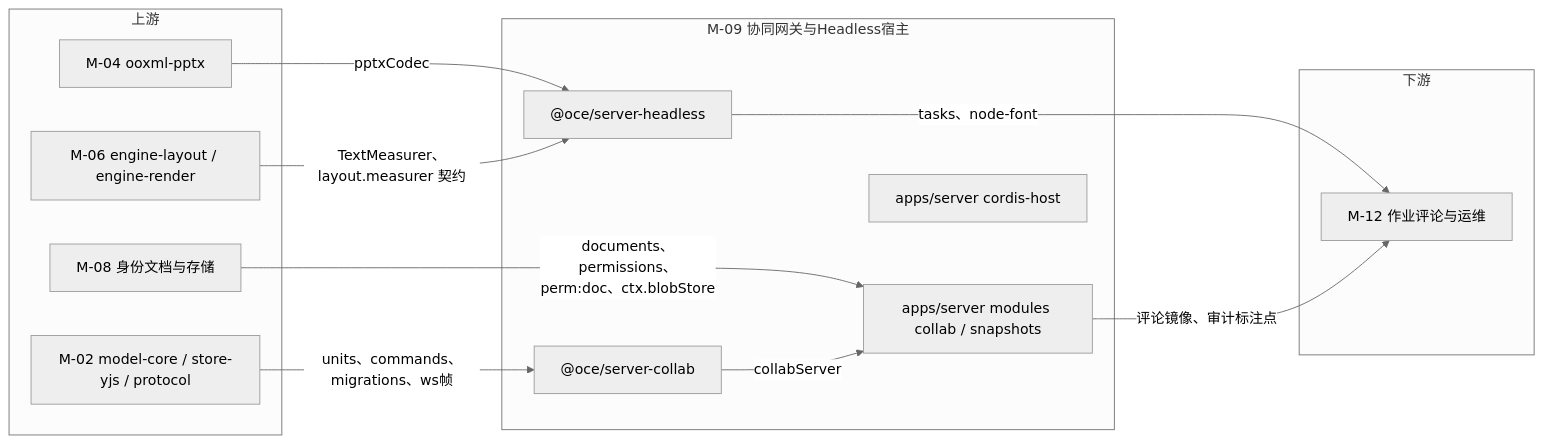
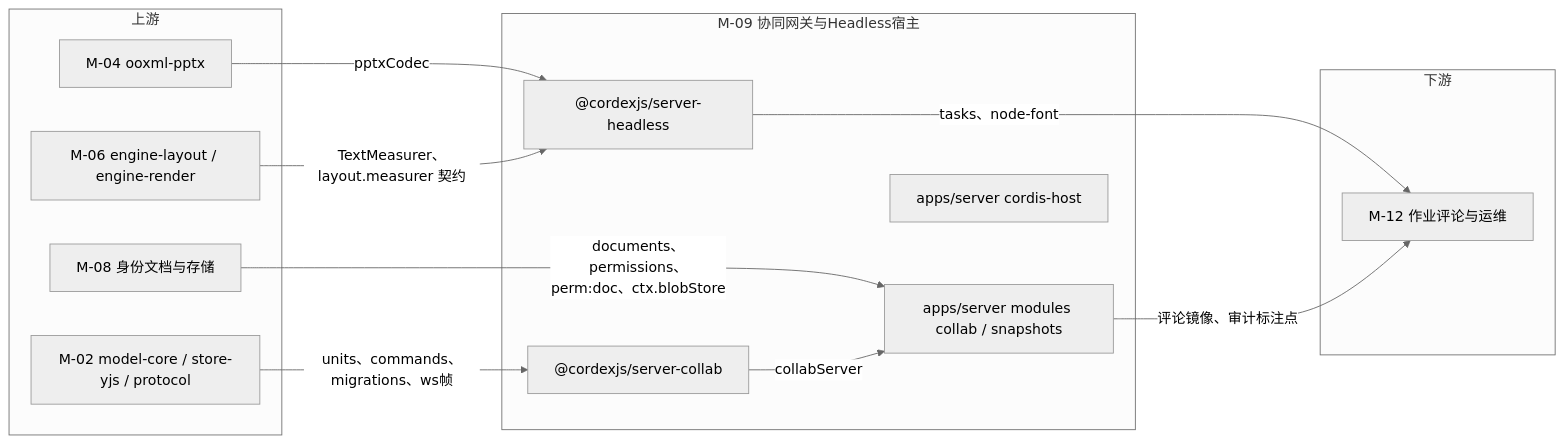
One commit to Xeonice/cordis-ppt-editor changed the first of 5 diagrams in docs/40-modules/09-server-collab-gateway-and-headless-host.md. Above: the diagram before and after it, drawn with Mermaid (neutral theme). The commit also changed other lines of this file and 23 other files, not shown here.

````diff
--- a/docs/40-modules/09-server-collab-gateway-and-headless-host.md
+++ b/docs/40-modules/09-server-collab-gateway-and-headless-host.md
@@ -26,25 +26,25 @@
 ```mermaid
 flowchart LR
 subgraph up["上游"]
   m02["M-02 model-core / store-yjs / protocol"]
   m04["M-04 ooxml-pptx"]
   m06["M-06 engine-layout / engine-render"]
   m08["M-08 身份文档与存储"]
 end
 subgraph mod["M-09 协同网关与Headless宿主"]
   collabNest["apps/server modules collab / snapshots"]
   hostNest["apps/server cordis-host"]
-  collabPkg["@oce/server-collab"]
-  headlessPkg["@oce/server-headless"]
+  collabPkg["@cordexjs/server-collab"]
+  headlessPkg["@cordexjs/server-headless"]
 end
 subgraph down["下游"]
   m12["M-12 作业评论与运维"]
 end
 m02 -- "units、commands、migrations、ws帧" --> collabPkg
 m04 -- "pptxCodec" --> headlessPkg
 m06 -- "TextMeasurer、layout.measurer 契约" --> headlessPkg
 m08 -- "documents、permissions、perm:doc、ctx.blobStore" --> collabNest
 collabPkg -- "collabServer" --> collabNest
 headlessPkg -- "tasks、node-font" --> m12
 collabNest -- "评论镜像、审计标注点" --> m12
 ```
````
